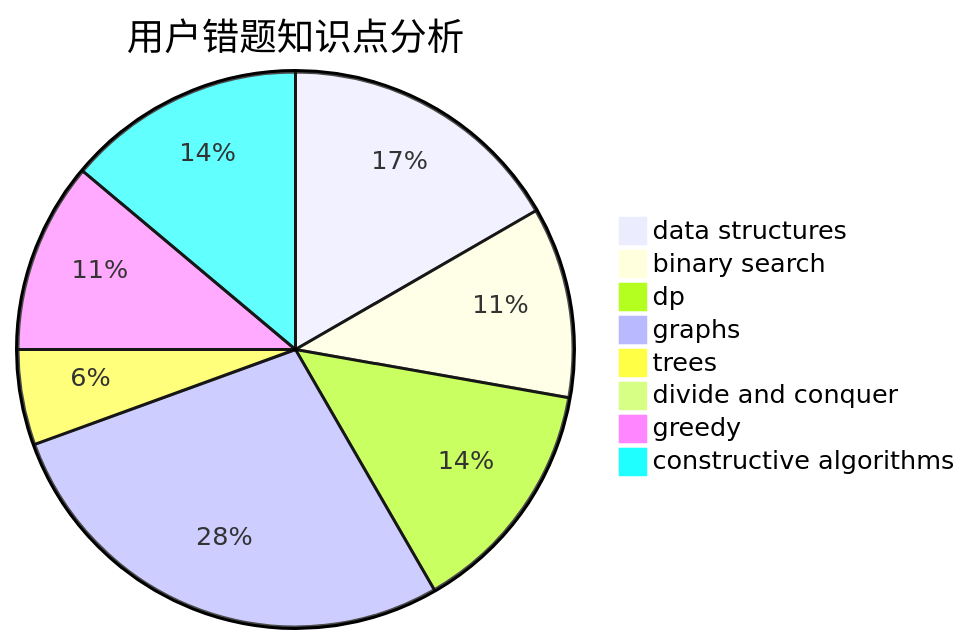
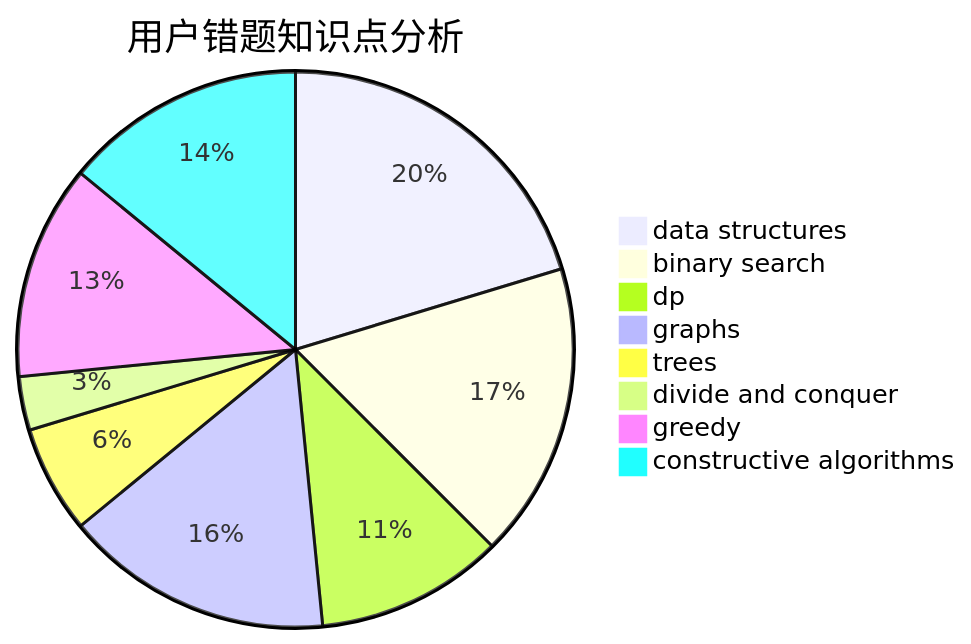
The third of 3 diagrams in docs/user/u1950.md (sherpahu/cfrs.github.io), drawn with Mermaid before and after one commit. The commit also changed other lines of this file and 2770 other files, not shown here.

````diff
--- a/docs/user/u1950.md
+++ b/docs/user/u1950.md
@@ -36,11 +36,11 @@
 ```mermaid
 pie title 用户错题知识点分析
-    "data structures" :  6
-    "binary search" :  4
-    "dp" :  5
+    "data structures" :  13
+    "binary search" :  11
+    "dp" :  7
     "graphs" :  10
-    "trees" :  2
-    "divide and conquer" :  0
-    "greedy" :  4
-    "constructive algorithms" :  5
+    "trees" :  4
+    "divide and conquer" :  2
+    "greedy" :  8
+    "constructive algorithms" :  9
 ```
````
